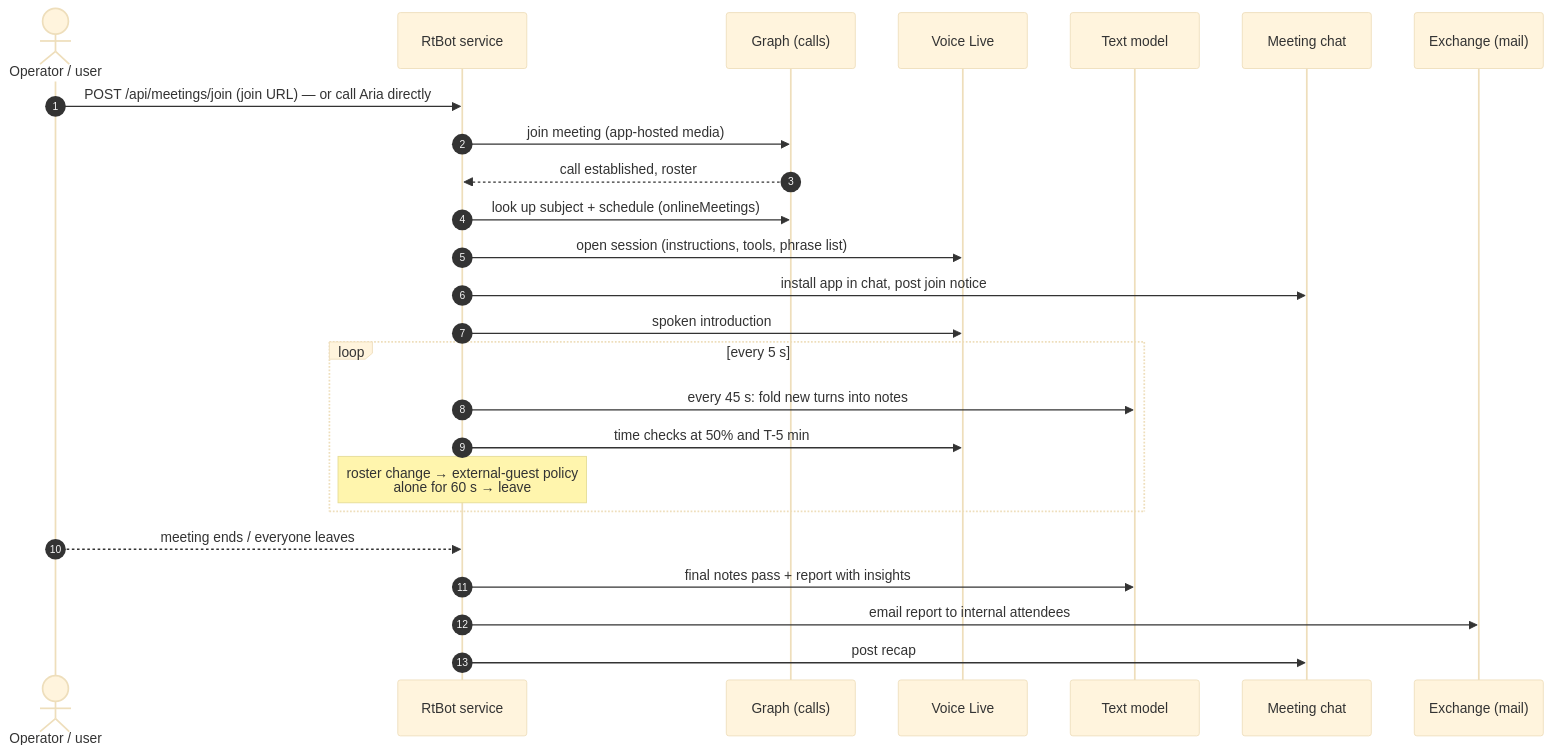
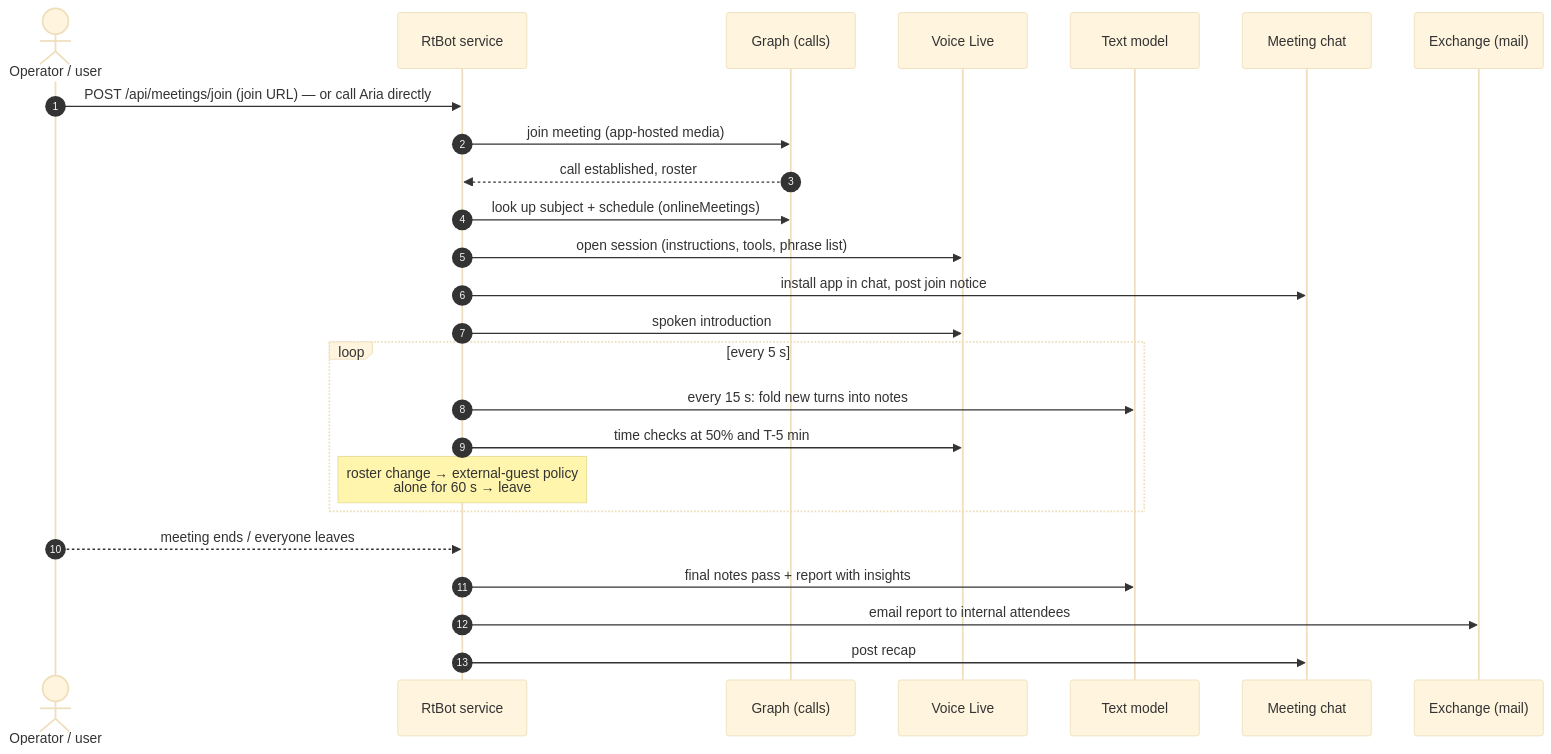
The second of 3 diagrams in README.md (ITSpecialist111/Aria-Realtime-Teams-Facilitator), drawn with Mermaid (base theme) before and after one commit. The commit also changed other lines of this file and 22 other files, not shown here.

````diff
--- a/README.md
+++ b/README.md
@@ -215,28 +219,28 @@
 ```mermaid
 sequenceDiagram
     autonumber
     actor Op as Operator / user
     participant Bot as RtBot service
     participant G as Graph (calls)
     participant VL as Voice Live
     participant TX as Text model
     participant Ch as Meeting chat
     participant M as Exchange (mail)
 
     Op->>Bot: POST /api/meetings/join (join URL)  — or call Aria directly
     Bot->>G: join meeting (app-hosted media)
     G-->>Bot: call established, roster
     Bot->>G: look up subject + schedule (onlineMeetings)
     Bot->>VL: open session (instructions, tools, phrase list)
     Bot->>Ch: install app in chat, post join notice
     Bot->>VL: spoken introduction
     loop every 5 s
-        Bot->>TX: every 45 s: fold new turns into notes
+        Bot->>TX: every 15 s: fold new turns into notes
         Bot->>VL: time checks at 50% and T-5 min
         Note over Bot: roster change → external-guest policy<br/>alone for 60 s → leave
     end
     Op-->>Bot: meeting ends / everyone leaves
     Bot->>TX: final notes pass + report with insights
     Bot->>M: email report to internal attendees
     Bot->>Ch: post recap
 ```
````
